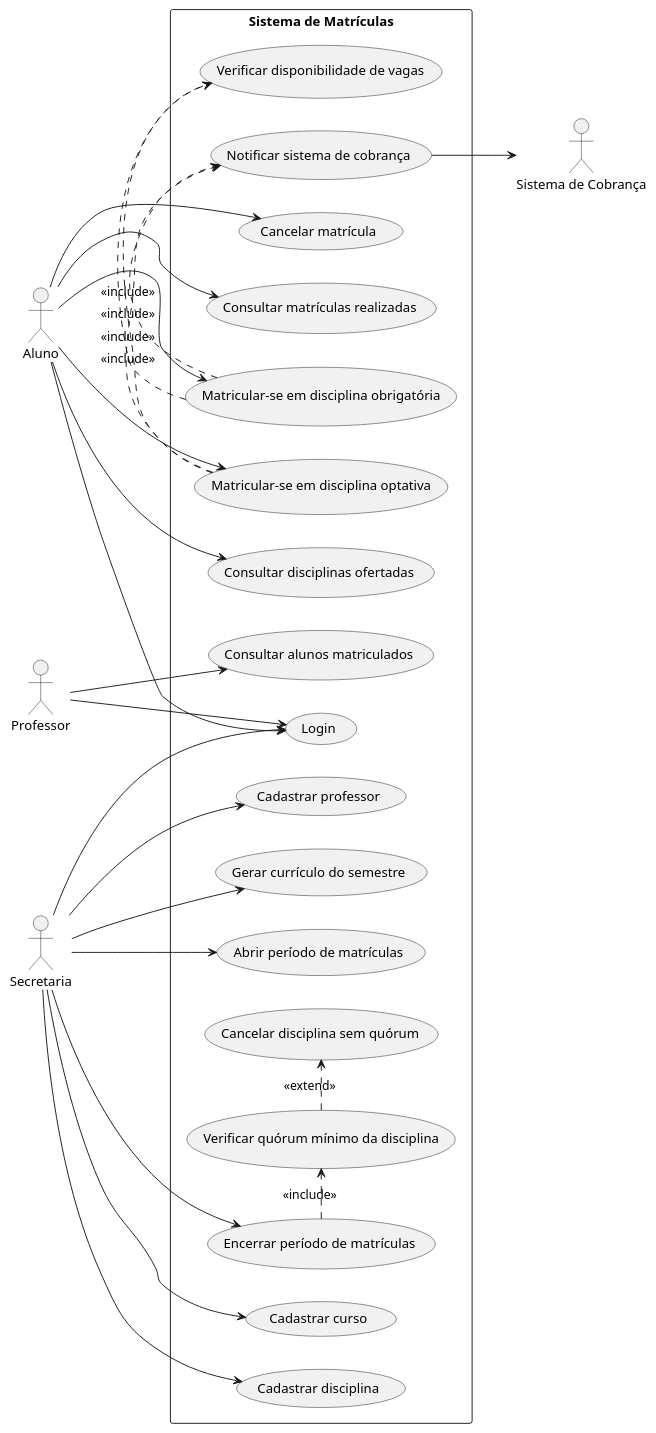
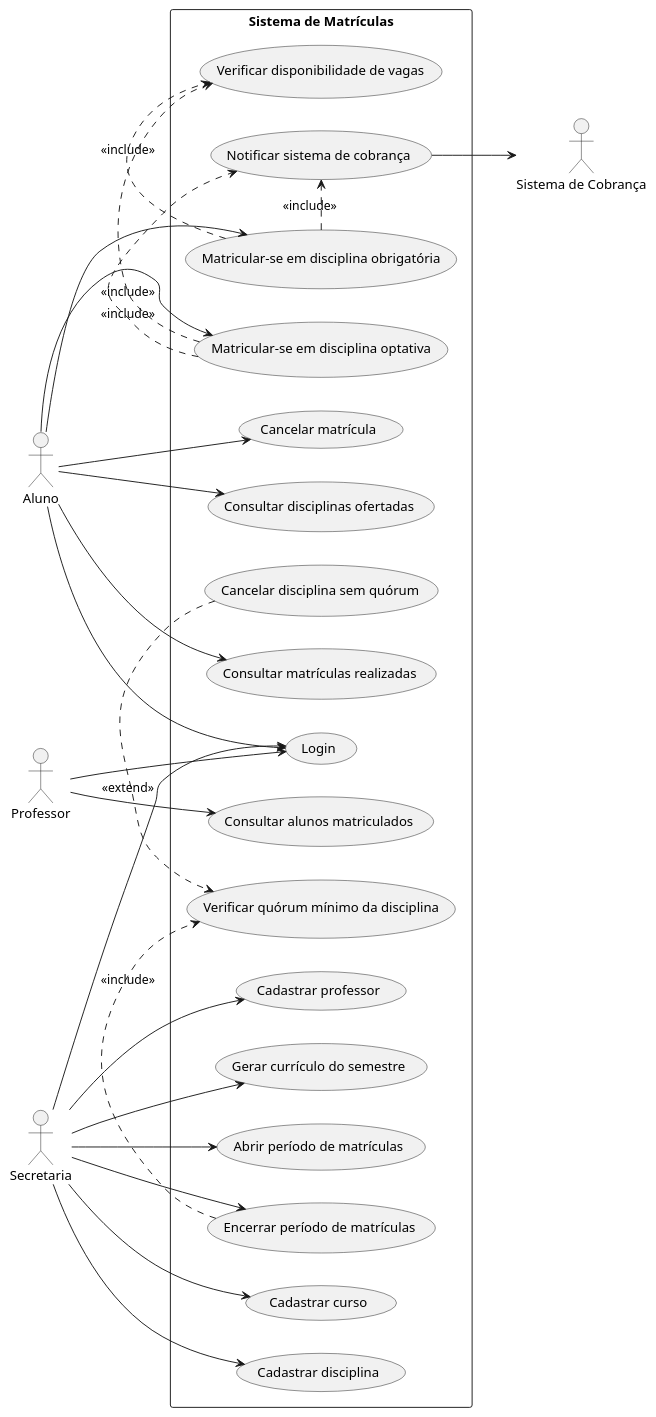
The diagram in README.md (pssgarcia/sistema-matriculas), drawn with PlantUML before and after one commit. The commit also changed other lines of this file, not shown here.

Commit message:
adiciona historia de usuario e corrigi <<exted>> do diagrama de casos de uso

````diff
--- a/README.md
+++ b/README.md
@@ -31,63 +31,63 @@
 ```plantuml
 @startuml DiagramaCasosDeUso
 
 left to right direction
 
 actor Aluno
 actor Professor
 actor Secretaria
 actor "Sistema de Cobrança" as Cobranca
 
 rectangle "Sistema de Matrículas" {
 
   usecase "Login" as UC1
   usecase "Consultar disciplinas ofertadas" as UC2
   usecase "Matricular-se em disciplina obrigatória" as UC3
   usecase "Matricular-se em disciplina optativa" as UC4
   usecase "Cancelar matrícula" as UC5
   usecase "Consultar matrículas realizadas" as UC6
 
   usecase "Verificar disponibilidade de vagas" as UC7
   usecase "Notificar sistema de cobrança" as UC8
 
   usecase "Cadastrar curso" as UC9
   usecase "Cadastrar disciplina" as UC10
   usecase "Cadastrar professor" as UC11
   usecase "Gerar currículo do semestre" as UC12
   usecase "Abrir período de matrículas" as UC13
   usecase "Encerrar período de matrículas" as UC14
   usecase "Verificar quórum mínimo da disciplina" as UC15
   usecase "Cancelar disciplina sem quórum" as UC16
 
   usecase "Consultar alunos matriculados" as UC17
 }
 
 Aluno --> UC1
 Aluno --> UC2
 Aluno --> UC3
 Aluno --> UC4
 Aluno --> UC5
 Aluno --> UC6
 
 Professor --> UC1
 Professor --> UC17
 
 Secretaria --> UC1
 Secretaria --> UC9
 Secretaria --> UC10
 Secretaria --> UC11
 Secretaria --> UC12
 Secretaria --> UC13
 Secretaria --> UC14
 
 UC3 .> UC7 : <<include>>
 UC4 .> UC7 : <<include>>
 UC3 .> UC8 : <<include>>
 UC4 .> UC8 : <<include>>
 UC8 --> Cobranca
 
 UC14 .> UC15 : <<include>>
-UC15 .> UC16 : <<extend>>
+UC16 .> UC15 : <<extend>>
 
 @enduml
 ```
````
